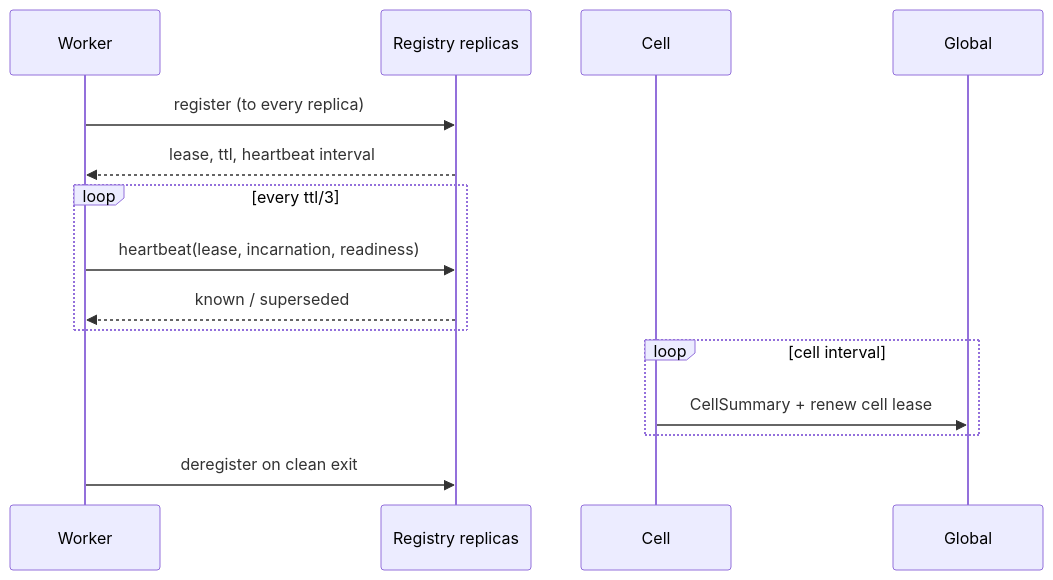
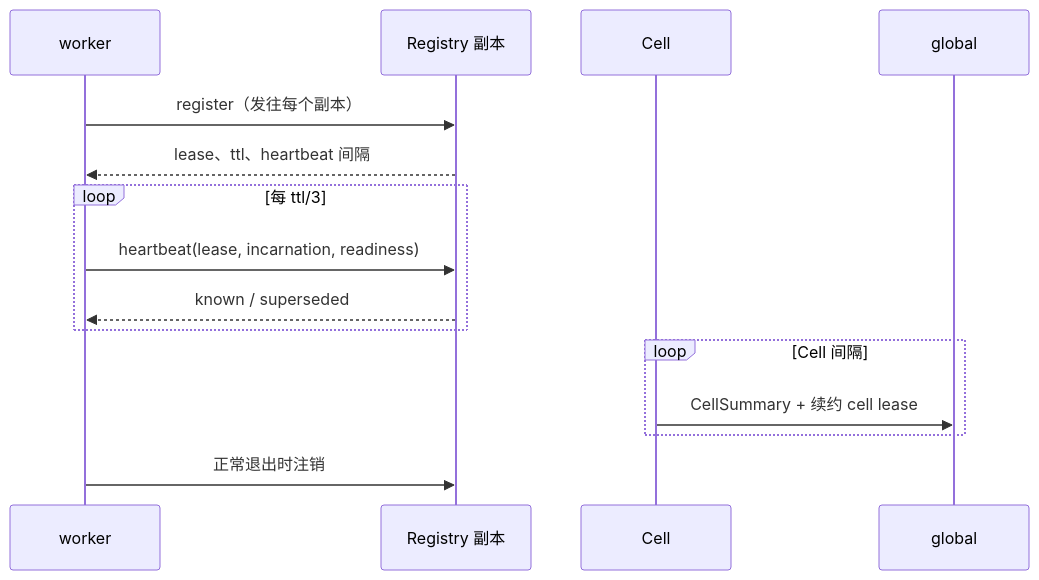
One commit to HSPK/tinyray changed the first of 2 diagrams in docs/04-protocols/02-membership-protocol.md. Above: the diagram before and after it, drawn with Mermaid. The commit also changed other lines of this file and 33 other files, not shown here.

````diff
--- a/docs/04-protocols/02-membership-protocol.md
+++ b/docs/04-protocols/02-membership-protocol.md
@@ -74,18 +72,18 @@
 ```mermaid
 sequenceDiagram
-    participant W as Worker
-    participant R as Registry replicas
+    participant W as worker
+    participant R as Registry 副本
     participant C as Cell
-    participant G as Global
+    participant G as global
 
-    W->>R: register (to every replica)
-    R-->>W: lease, ttl, heartbeat interval
-    loop every ttl/3
+    W->>R: register（发往每个副本）
+    R-->>W: lease、ttl、heartbeat 间隔
+    loop 每 ttl/3
         W->>R: heartbeat(lease, incarnation, readiness)
         R-->>W: known / superseded
     end
-    loop cell interval
-        C->>G: CellSummary + renew cell lease
+    loop Cell 间隔
+        C->>G: CellSummary + 续约 cell lease
     end
-    W->>R: deregister on clean exit
+    W->>R: 正常退出时注销
 ```
````
